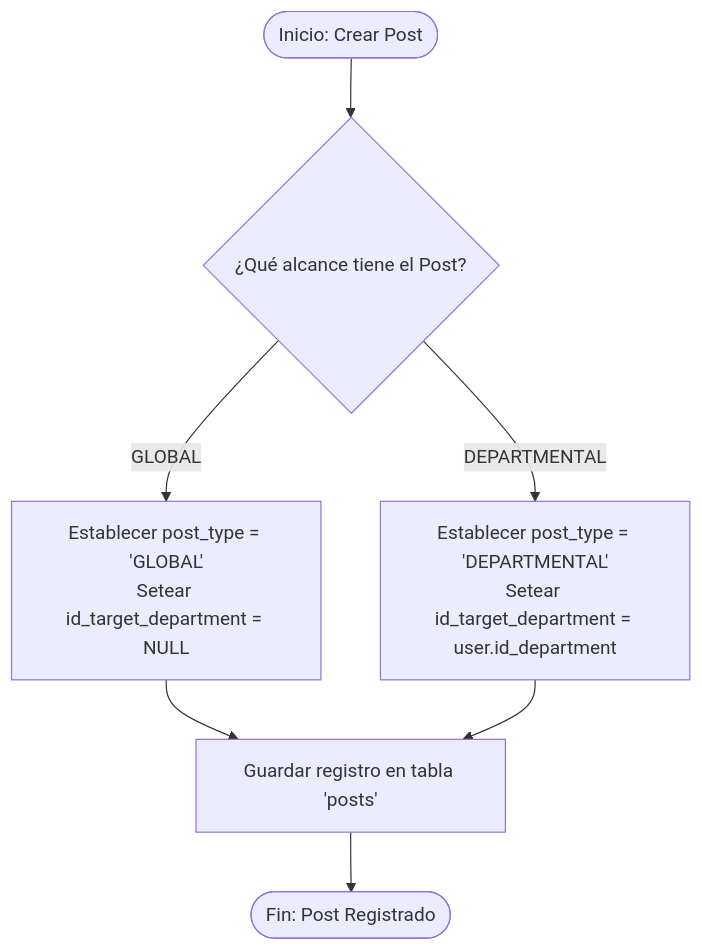
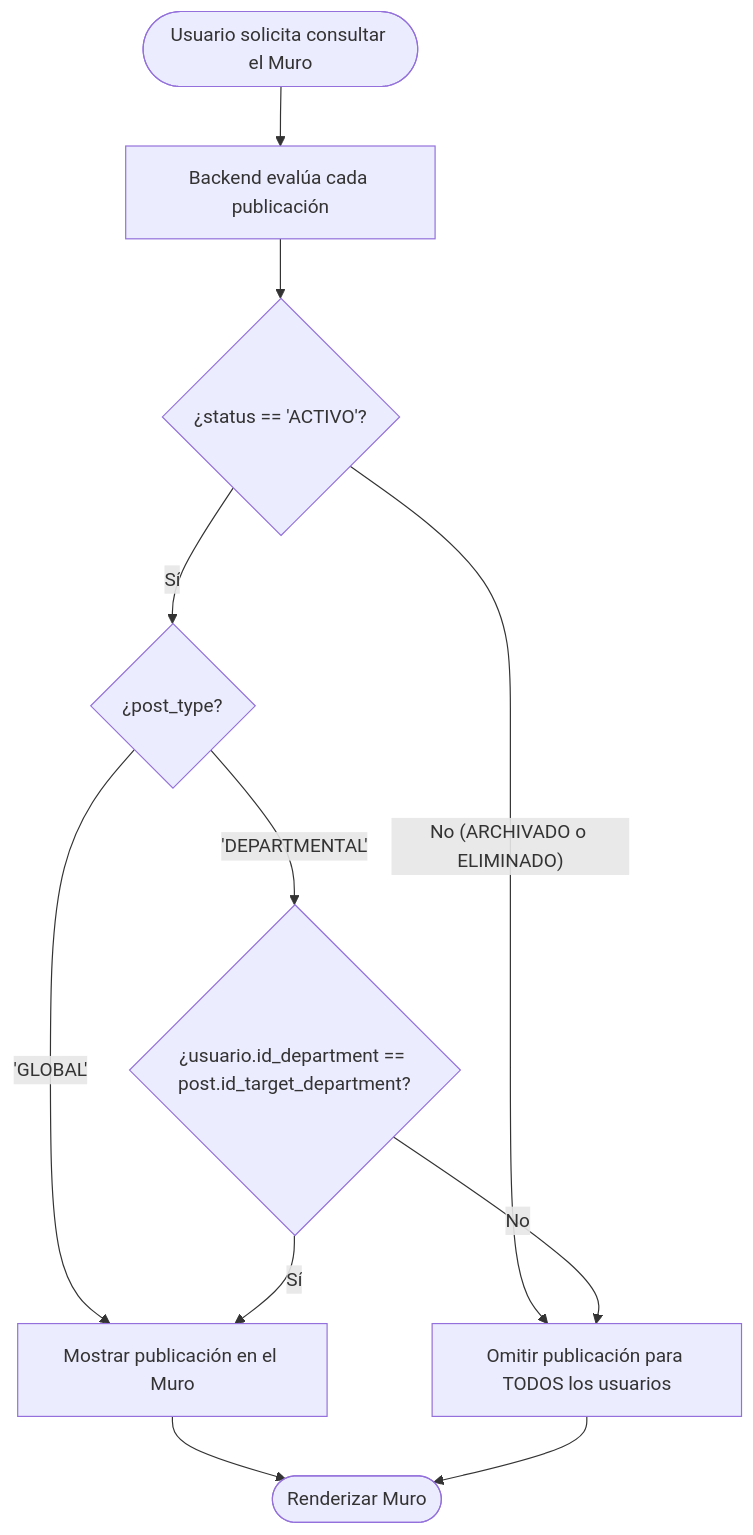
Before and after one commit to Automatizacion-KPC/KoonolApp: the second of 3 diagrams in docs/modules/social.md, drawn with Mermaid. The commit also changed other lines of this file and 2 other files, not shown here.

Commit message:
Se actualizó la documentacion general de la estructura de los nombres de las (US) y de los diagrmas de flujo. Se modificó el acomodo de los diagramas de flujo del modulo Core con base a la estructura nueva de la documentacion general y se actualizó la documentación del módulo Social

````diff
--- a/docs/modules/social.md
+++ b/docs/modules/social.md
@@ -32,12 +166,18 @@
 ```mermaid
-graph TD
-    Start([Inicio: Crear Post]) --> CheckType{¿Qué alcance tiene el Post?}
+flowchart TD
+    Start([Usuario solicita consultar el Muro]) --> Fetch[Backend evalúa cada publicación]
 
-    CheckType -- "GLOBAL" --> SetGlobal[Establecer post_type = 'GLOBAL'<br>Setear id_target_department = NULL]
-    CheckType -- "DEPARTMENTAL" --> SetDept[Establecer post_type = 'DEPARTMENTAL'<br>Setear id_target_department = user.id_department]
+    Fetch --> ChkStatus{¿status == 'ACTIVO'?}
+    ChkStatus -- No (ARCHIVADO o ELIMINADO) --> Omit[Omitir publicación para TODOS los usuarios]
 
-    SetGlobal --> SaveDB[Guardar registro en tabla 'posts']
-    SetDept --> SaveDB
+    ChkStatus -- Sí --> ChkType{¿post_type?}
 
-    SaveDB --> End([Fin: Post Registrado])
+    ChkType -- 'GLOBAL' --> Visible[Mostrar publicación en el Muro]
+
+    ChkType -- 'DEPARTMENTAL' --> ChkDept{¿usuario.id_department == post.id_target_department?}
+    ChkDept -- Sí --> Visible
+    ChkDept -- No --> Omit
+
+    Visible --> End([Renderizar Muro])
+    Omit --> End
 ```
````
